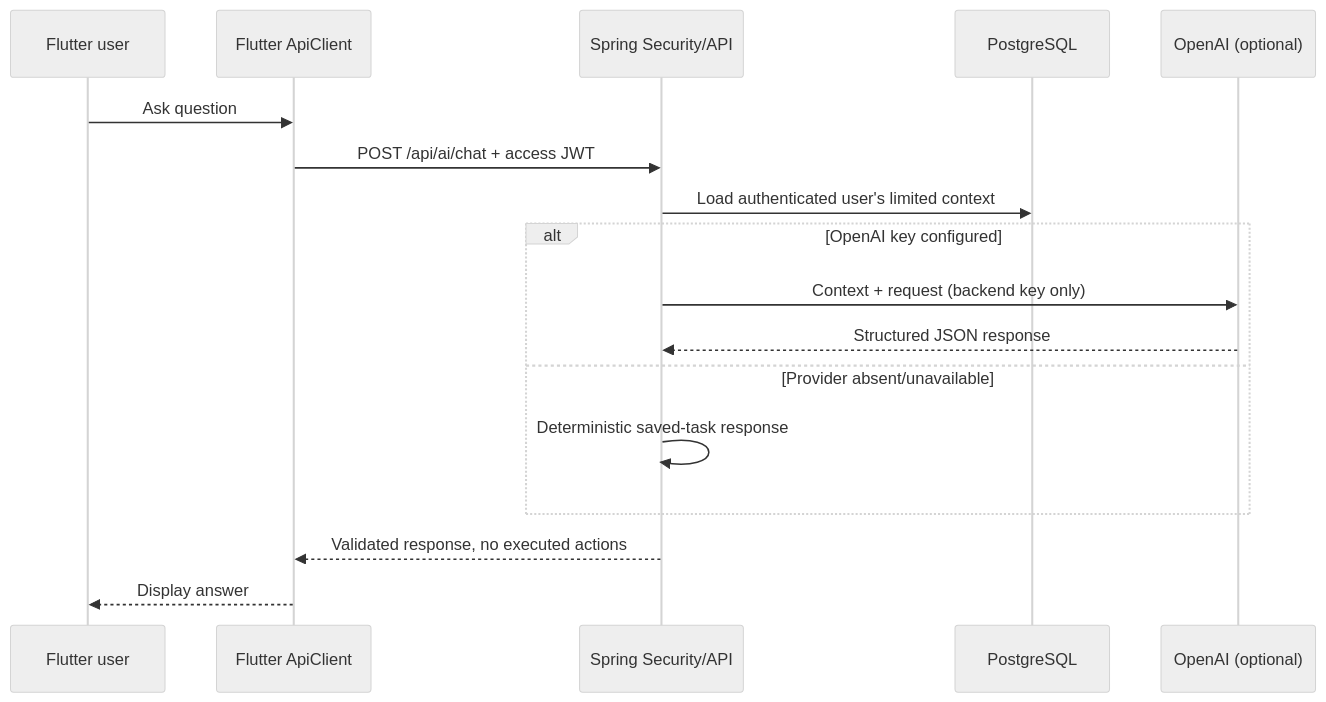
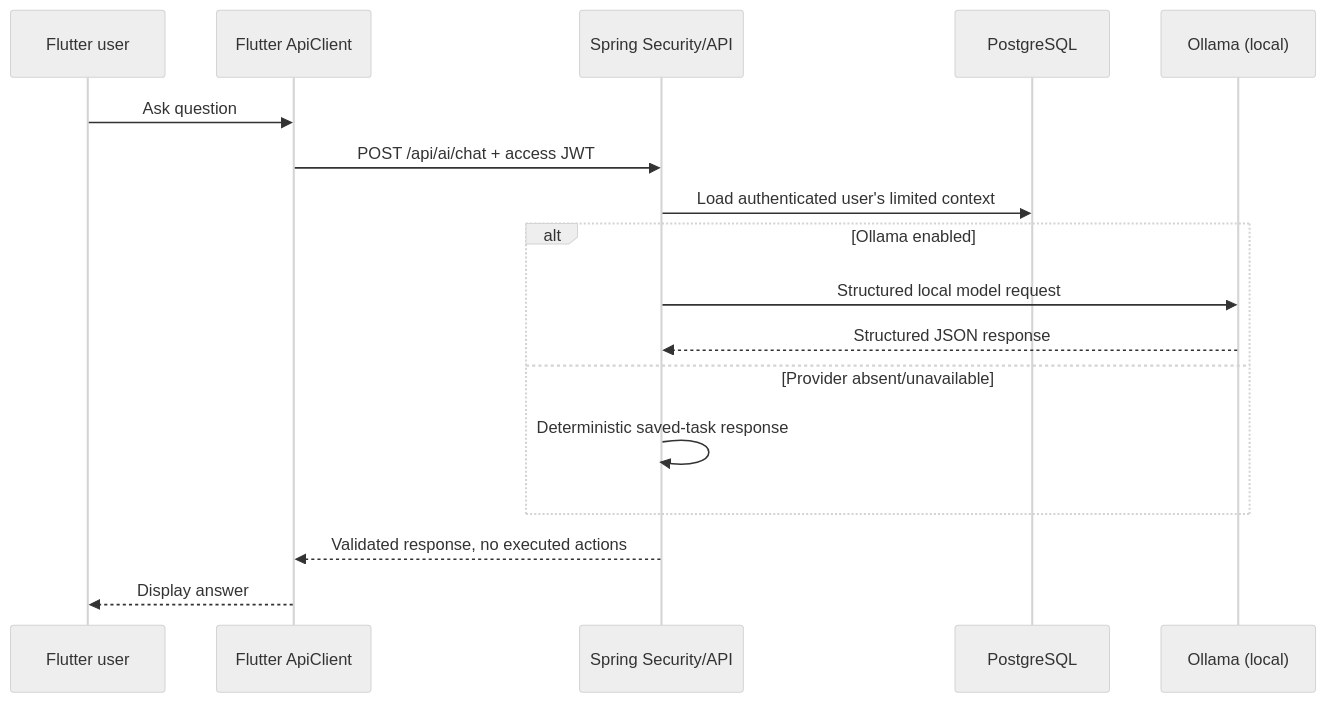
One commit to Cksoni77/lifepilot-backend changed the second of 2 diagrams in ARCHITECTURE.md. Above: the diagram before and after it, drawn with Mermaid (neutral theme). The commit also changed other lines of this file and 46 other files, not shown here.

````diff
--- a/ARCHITECTURE.md
+++ b/ARCHITECTURE.md
@@ -23,19 +23,19 @@
 ```mermaid
 sequenceDiagram
   participant U as Flutter user
   participant F as Flutter ApiClient
   participant S as Spring Security/API
   participant D as PostgreSQL
-  participant A as OpenAI (optional)
+  participant A as Ollama (local)
   U->>F: Ask question
   F->>S: POST /api/ai/chat + access JWT
   S->>D: Load authenticated user's limited context
-  alt OpenAI key configured
-    S->>A: Context + request (backend key only)
+  alt Ollama enabled
+    S->>A: Structured local model request
     A-->>S: Structured JSON response
   else Provider absent/unavailable
     S->>S: Deterministic saved-task response
   end
   S-->>F: Validated response, no executed actions
   F-->>U: Display answer
 ```
````
